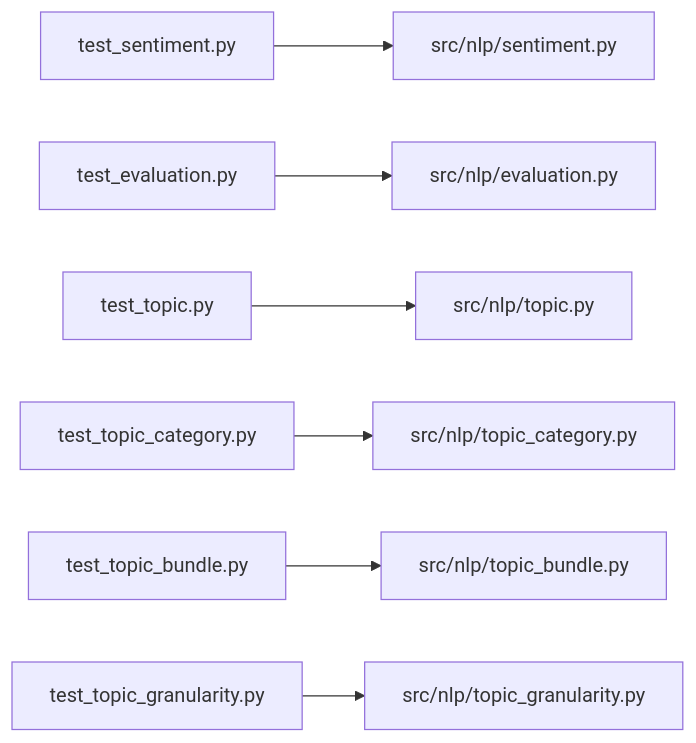
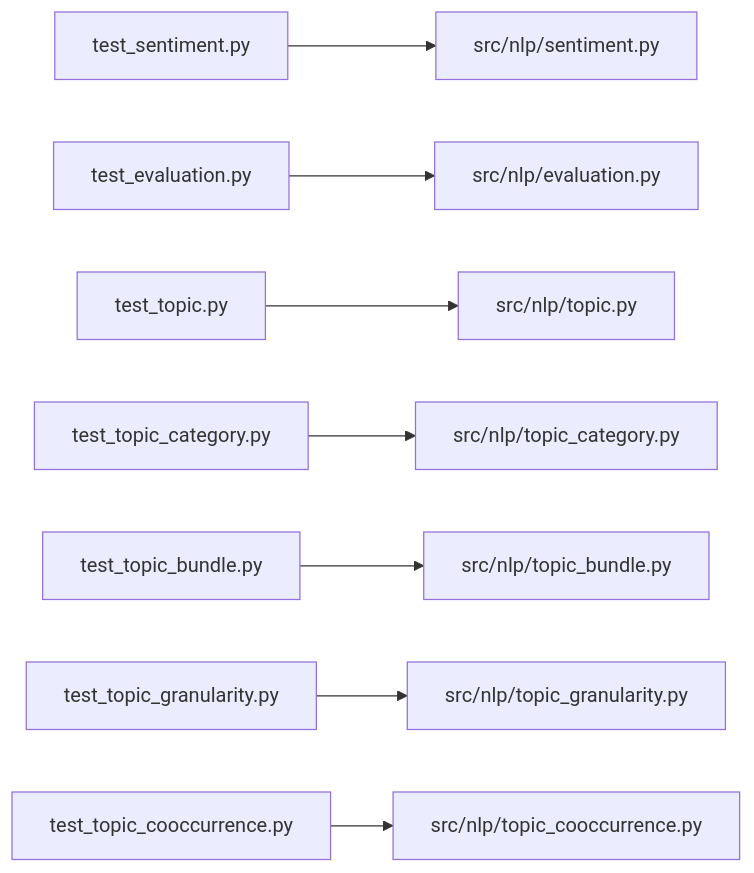
One commit to rindguitar/game-demand-forecast changed the second of 2 diagrams in tests/README.md. Above: the diagram before and after it, drawn with Mermaid. The commit also changed other lines of this file and 8 other files, not shown here.

````diff
--- a/tests/README.md
+++ b/tests/README.md
@@ -33,9 +33,10 @@
 ```mermaid
 flowchart LR
     T4["test_sentiment.py"] --> M3["src/nlp/sentiment.py"]
     T5["test_evaluation.py"] --> M4["src/nlp/evaluation.py"]
     T6["test_topic.py"] --> M5["src/nlp/topic.py"]
     T7["test_topic_category.py"] --> M6["src/nlp/topic_category.py"]
     T8["test_topic_bundle.py"] --> M7["src/nlp/topic_bundle.py"]
     T9["test_topic_granularity.py"] --> M8["src/nlp/topic_granularity.py"]
+    TA["test_topic_cooccurrence.py"] --> M9["src/nlp/topic_cooccurrence.py"]
 ```
````
